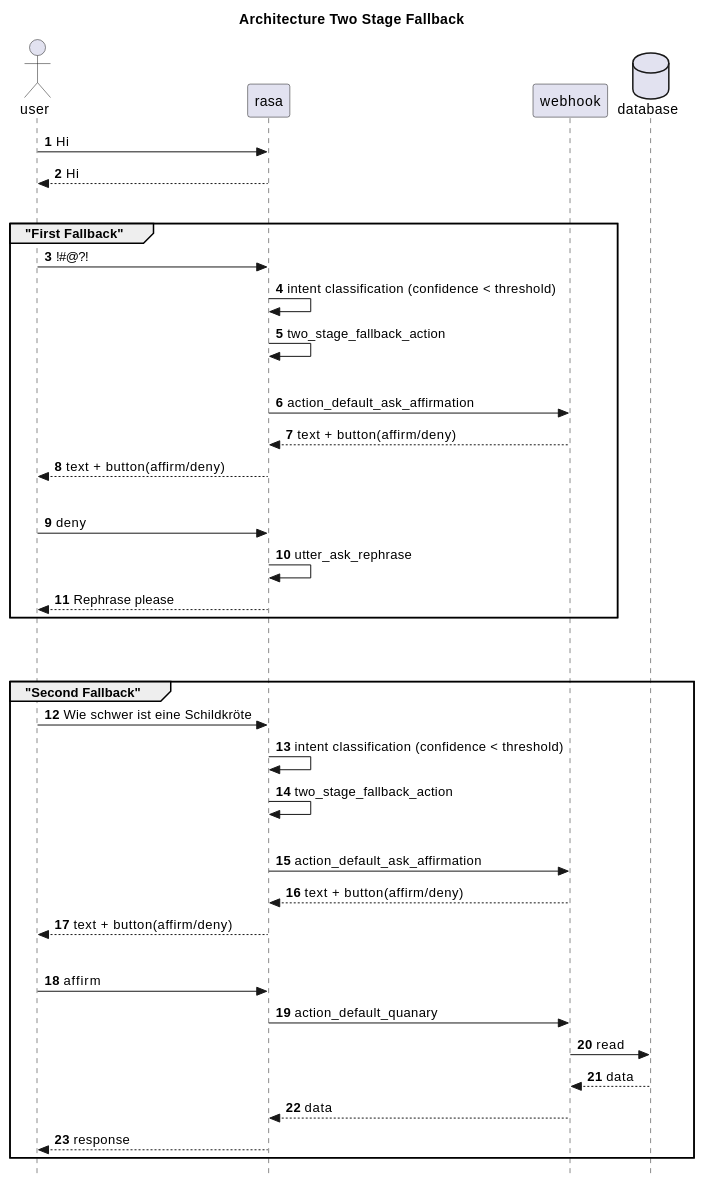
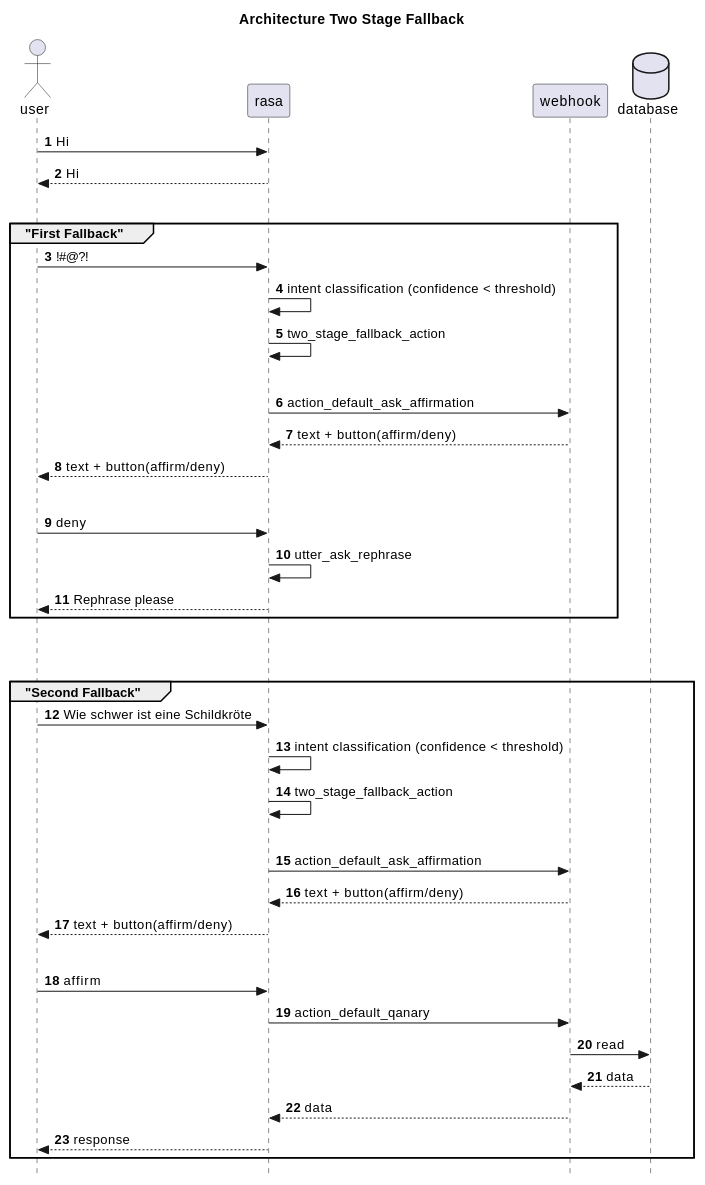
Before and after one commit to fredericbahr/quatsch-project-22: the second of 2 diagrams in docs/Fallback.md, drawn with PlantUML. The commit also changed 10 other files, not shown here.

Commit message:
refactor: rename quanary to qanary

````diff
--- a/docs/Fallback.md
+++ b/docs/Fallback.md
@@ -67,62 +67,62 @@
 ```plantuml
 @startuml
 skinparam Style strictuml
 autonumber
 skinparam BoxPadding 15
 
 title Architecture Two Stage Fallback
 
 actor "user"
 
 "user" -> rasa: Hi
 "user" <-- rasa: Hi
 
 |||
 
 group "First Fallback"
 "user" -> rasa: !#@?!
 rasa -> rasa: intent classification (confidence < threshold)
 rasa -> rasa: two_stage_fallback_action
 
 |||
 
 rasa -> webhook: action_default_ask_affirmation
 rasa <-- webhook: text + button(affirm/deny)
 "user" <-- rasa: text + button(affirm/deny)
 
 |||
 
 "user" -> rasa: deny
 rasa -> rasa: utter_ask_rephrase
 "user" <-- rasa: Rephrase please
 end
 
 |||
 |||
 
 group "Second Fallback"
 "user" -> rasa: Wie schwer ist eine Schildkröte
 rasa -> rasa: intent classification (confidence < threshold)
 rasa -> rasa: two_stage_fallback_action
 
 
 |||
 
 rasa -> webhook: action_default_ask_affirmation
 rasa <-- webhook: text + button(affirm/deny)
 "user" <-- rasa: text + button(affirm/deny)
 
 |||
 
 "user" -> rasa: affirm
-rasa -> webhook: action_default_quanary
+rasa -> webhook: action_default_qanary
 database "database"
 webhook -> "database": read
 webhook <-- "database": data
 
 rasa <-- webhook: data
 "user" <-- rasa: response
 end
 
 @enduml
 ```
````
